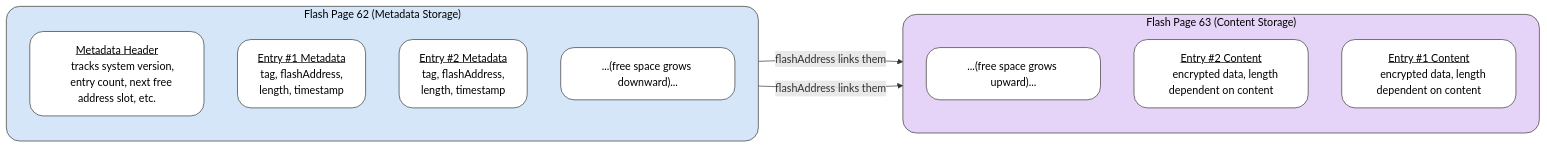
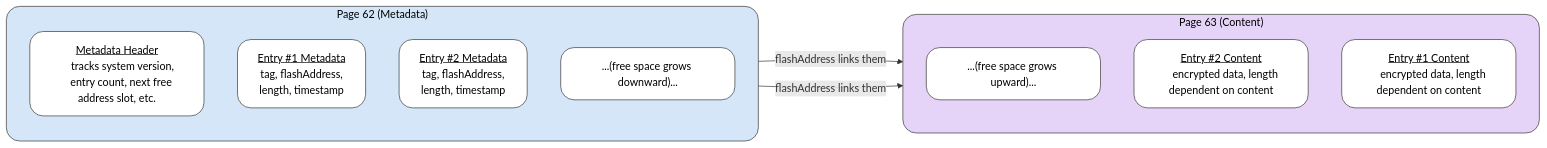
One commit to pvura9/FlashWrite changed the second of 3 diagrams in README.md. Above: the diagram before and after it, drawn with Mermaid. The commit also changed other lines of this file, not shown here.

Commit message:
mermaid changes

````diff
--- a/README.md
+++ b/README.md
@@ -124,38 +124,38 @@
 ```mermaid
 %%{init: {'themeVariables': { 'fontFamily': 'Times New Roman, serif' }}}%%
 flowchart LR
   %% ---------- Styles ----------
   classDef box fill:#ffffff,stroke:#333,stroke-width:1px,color:#000,rx:20,ry:20
   classDef head fill:#ffffff,stroke:#333,stroke-width:1px,color:#000,rx:20,ry:20
 
   %% ---------- Left Column: Metadata Page ----------
-  subgraph leftStack["Flash Page 62 (Metadata Storage)"]
+  subgraph leftStack["Page 62 (Metadata)"]
     direction TB
     mh["<u>Metadata Header</u>
     tracks system version,
     entry count, next free address slot, etc."]:::head
     m1["<u>Entry #1 Metadata</u>
     tag, flashAddress, 
     length, timestamp"]:::box
     m2["<u>Entry #2 Metadata</u>
     tag, flashAddress,
     length, timestamp"]:::box
     mfree["...(free space grows downward)..."]:::box
   end
   style leftStack fill:#d4e6f8,stroke:#333,stroke-width:1px,rx:20,ry:20,color:#000
 
   %% ---------- Right Column: Content Page ----------
-  subgraph rightStack["Flash Page 63 (Content Storage)"]
+  subgraph rightStack["Page 63 (Content)"]
     direction TB
     cfree["...(free space grows upward)..."]:::box
     c2["<u>Entry #2 Content</u>
     encrypted data, length dependent on content"]:::box
     c1["<u>Entry #1 Content</u>
     encrypted data, length dependent on content"]:::box
   end
   style rightStack fill:#e6d4f8,stroke:#333,stroke-width:1px,rx:20,ry:20,color:#000
 
   %% ---------- Cross-links ----------
   m1 -- "flashAddress links them" --> c1
   m2 -- "flashAddress links them" --> c2
 ```
````
